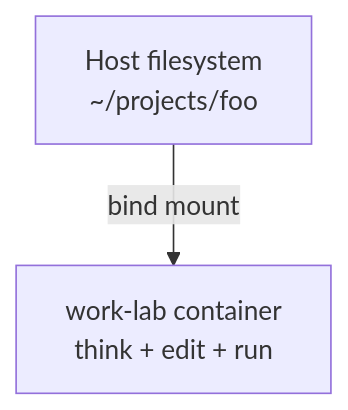
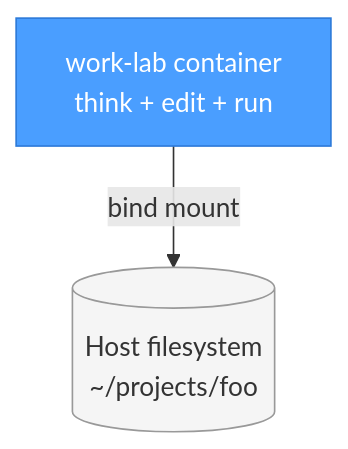
The first of 2 diagrams in README.md (modern-tooling/work-lab), drawn with Mermaid before and after one commit. The commit also changed other lines of this file, not shown here.

First line of the commit message:
Improve Mermaid diagrams

````diff
--- a/README.md
+++ b/README.md
@@ -76,6 +76,8 @@
 ```mermaid
 flowchart TB
-    Host[Host filesystem<br/>~/projects/foo]
     WL[work-lab container<br/>think + edit + run]
-    Host -->|bind mount| WL
+    Host[(Host filesystem<br/>~/projects/foo)]
+    WL -->|bind mount| Host
+    style WL fill:#4a9eff,stroke:#2d7ad9,color:#fff
+    style Host fill:#f5f5f5,stroke:#999
 ```
````
